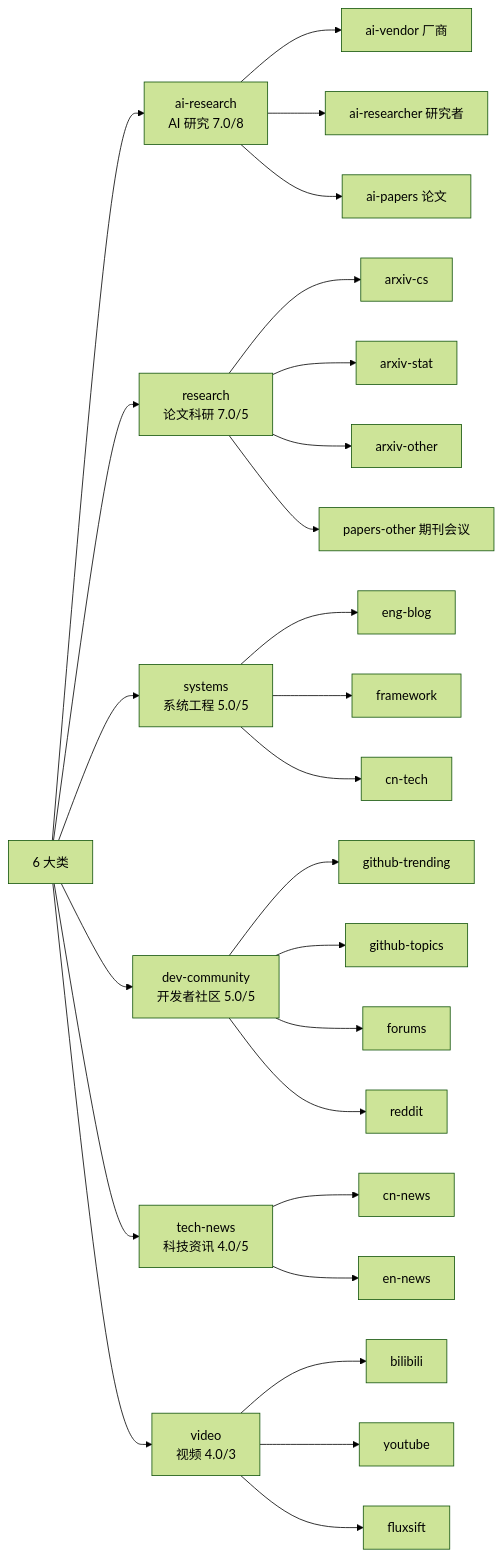
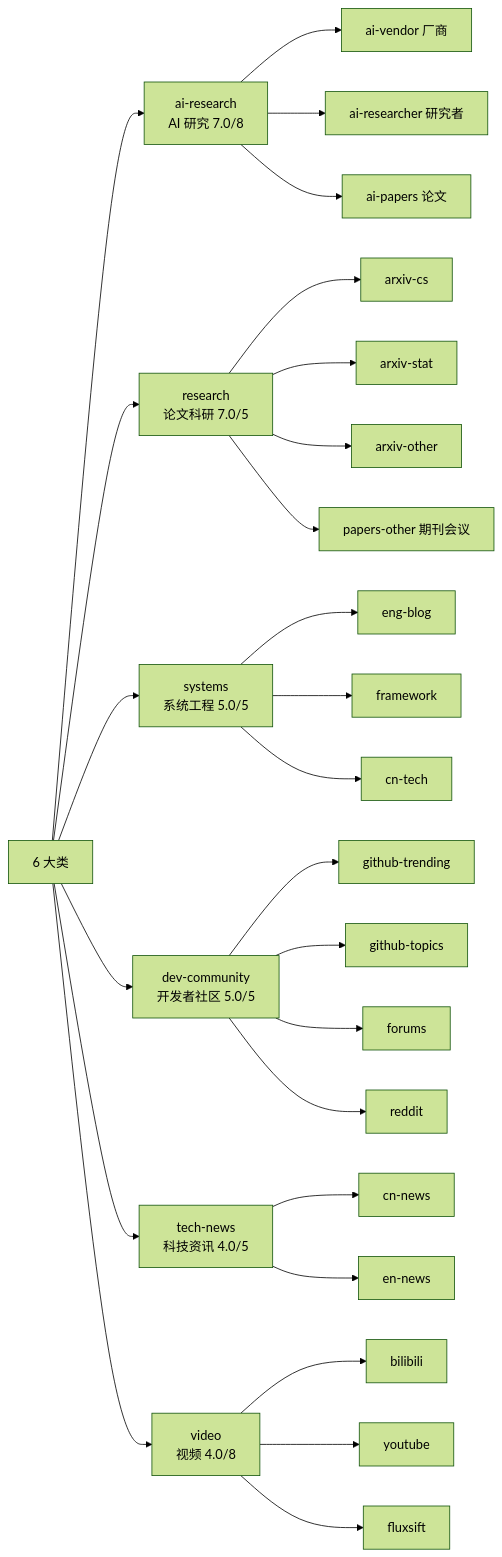
One commit to int2t05/rss-reader changed the diagram in docs/PRD.md. Above: the diagram before and after it, drawn with Mermaid (forest theme). The commit also changed other lines of this file and 37 other files, not shown here.

````diff
--- a/docs/PRD.md
+++ b/docs/PRD.md
@@ -35,28 +37,28 @@
 ```mermaid
 flowchart LR
     ROOT[6 大类] --> AI[ai-research<br/>AI 研究 7.0/8]
     ROOT --> RES[research<br/>论文科研 7.0/5]
     ROOT --> SYS[systems<br/>系统工程 5.0/5]
     ROOT --> DEV[dev-community<br/>开发者社区 5.0/5]
     ROOT --> NEWS[tech-news<br/>科技资讯 4.0/5]
-    ROOT --> VID[video<br/>视频 4.0/3]
+    ROOT --> VID[video<br/>视频 4.0/8]
     AI --> A1[ai-vendor 厂商]
     AI --> A2[ai-researcher 研究者]
     AI --> A3[ai-papers 论文]
     RES --> R1[arxiv-cs]
     RES --> R2[arxiv-stat]
     RES --> R3[arxiv-other]
     RES --> R4[papers-other 期刊会议]
     SYS --> S1[eng-blog]
     SYS --> S2[framework]
     SYS --> S3[cn-tech]
     DEV --> D1[github-trending]
     DEV --> D2[github-topics]
     DEV --> D3[forums]
     DEV --> D4[reddit]
     NEWS --> N1[cn-news]
     NEWS --> N2[en-news]
     VID --> V1[bilibili]
     VID --> V2[youtube]
     VID --> V3[fluxsift]
 ```
````
